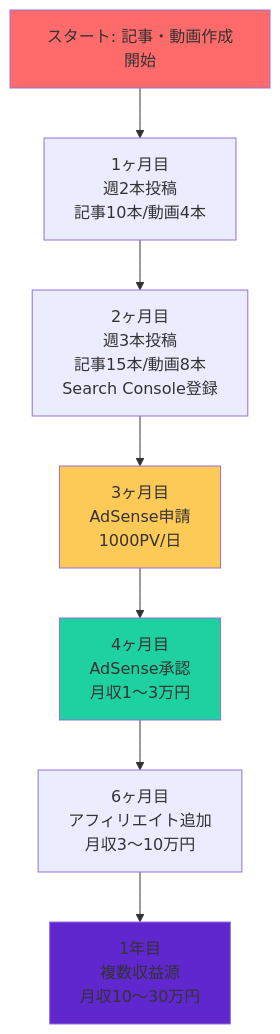
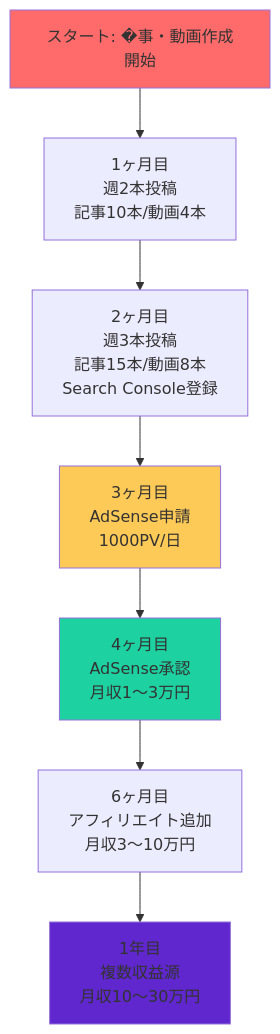
Before and after one commit to tndg16-bot/ai-writing-automation: the diagram in PROJECT_SUMMARY.md, drawn with Mermaid. The commit also changed other lines of this file and 4 other files, not shown here.

First line of the commit message:
docs: Update ROADMAP, CHANGELOG, PROJECT_SUMMARY, and fix Python 3.13 typing import

````diff
--- a/PROJECT_SUMMARY.md
+++ b/PROJECT_SUMMARY.md
@@ -166,14 +198,14 @@
 ```mermaid
 graph TD
-    A[スタート: 記事・動画作成開始] --> B[1ヶ月目<br>週2本投稿<br>記事10本/動画4本]
+    A[スタート: �事・動画作成開始] --> B[1ヶ月目<br>週2本投稿<br>記事10本/動画4本]
     B --> C[2ヶ月目<br>週3本投稿<br>記事15本/動画8本<br>Search Console登録]
     C --> D[3ヶ月目<br>AdSense申請<br>1000PV/日]
     D --> E[4ヶ月目<br>AdSense承認<br>月収1〜3万円]
     E --> F[6ヶ月目<br>アフィリエイト追加<br>月収3〜10万円]
     F --> G[1年目<br>複数収益源<br>月収10〜30万円]
 
     style A fill:#ff6b6b
     style D fill:#feca57
     style E fill:#1dd1a1
     style G fill:#5f27cd
 ```
````
